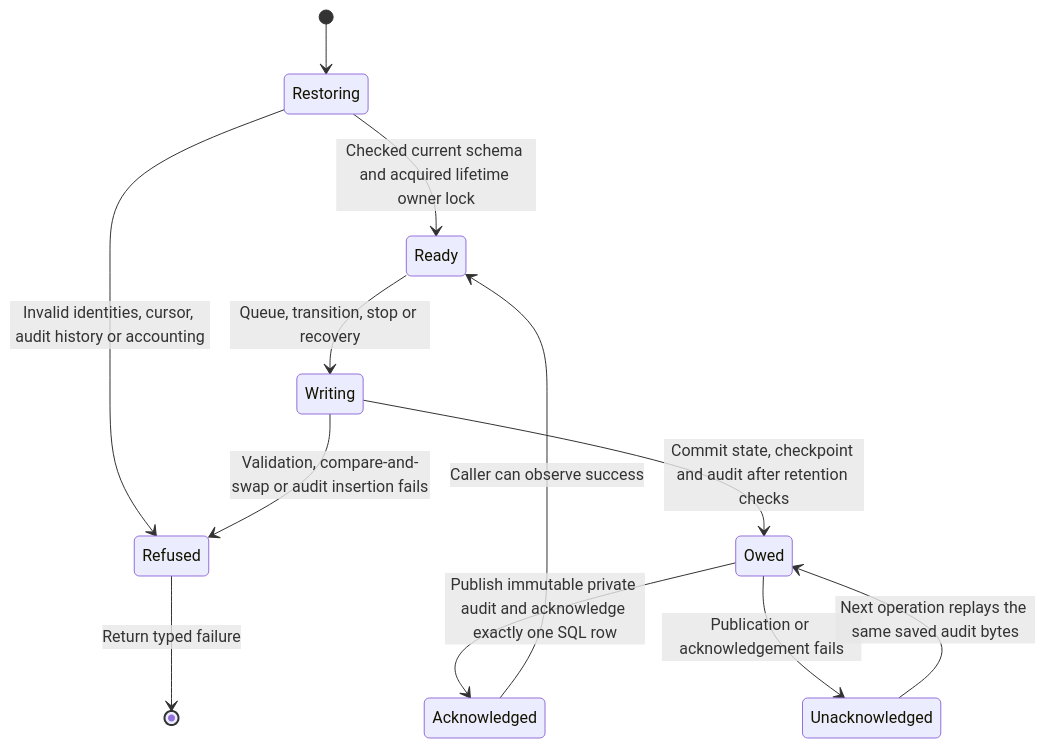
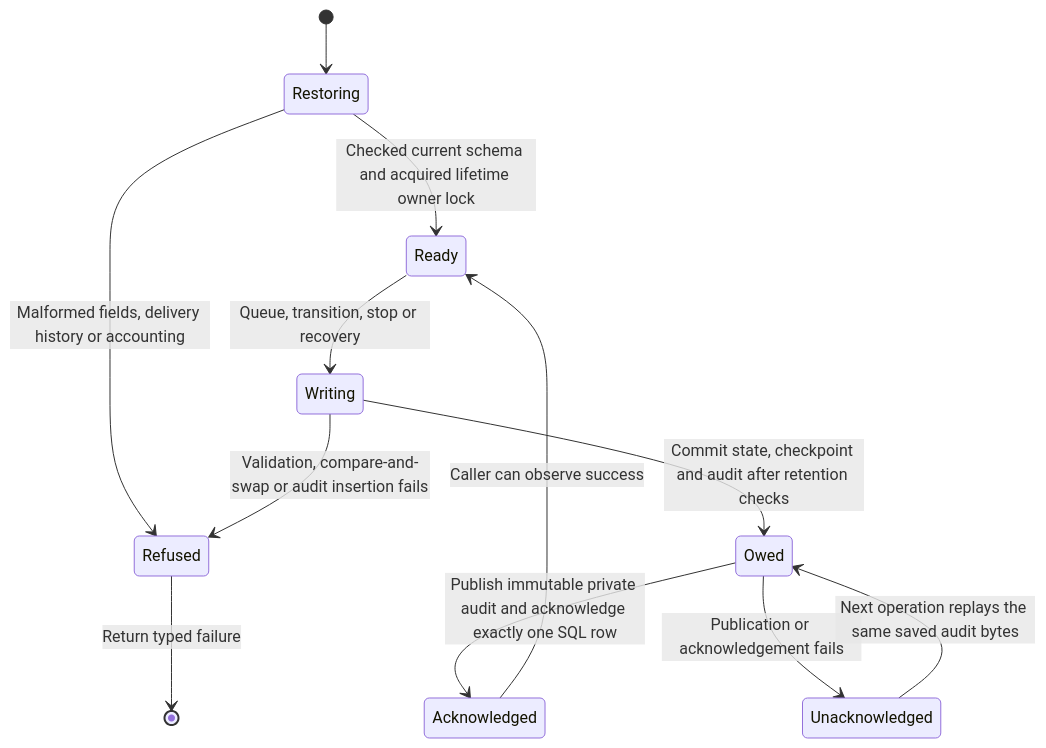
One commit to nessalabs/nessa-agent changed the diagram in docs/state/services/gateway/webhook-outbox.md. Above: the diagram before and after it, drawn with Mermaid. The commit also changed other lines of this file and 10 other files, not shown here.

````diff
--- a/docs/state/services/gateway/webhook-outbox.md
+++ b/docs/state/services/gateway/webhook-outbox.md
@@ -88,14 +92,14 @@
 ```mermaid
 stateDiagram-v2
     [*] --> Restoring
-    Restoring --> Refused: Invalid identities, cursor, audit history or accounting
+    Restoring --> Refused: Malformed fields, delivery history or accounting
     Restoring --> Ready: Checked current schema and acquired lifetime owner lock
     Ready --> Writing: Queue, transition, stop or recovery
     Writing --> Refused: Validation, compare-and-swap or audit insertion fails
     Writing --> Owed: Commit state, checkpoint and audit after retention checks
     Owed --> Acknowledged: Publish immutable private audit and acknowledge exactly one SQL row
     Owed --> Unacknowledged: Publication or acknowledgement fails
     Unacknowledged --> Owed: Next operation replays the same saved audit bytes
     Acknowledged --> Ready: Caller can observe success
     Refused --> [*]: Return typed failure
 ```
````
